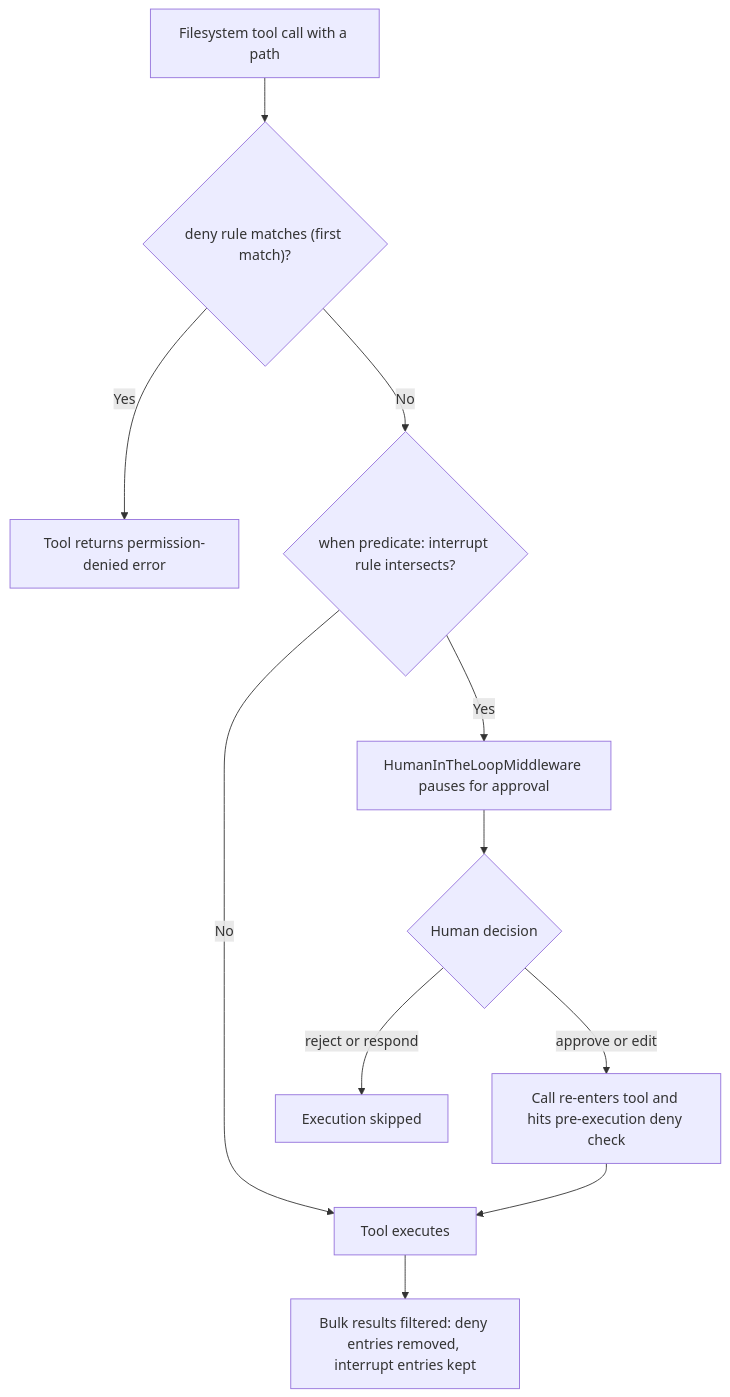
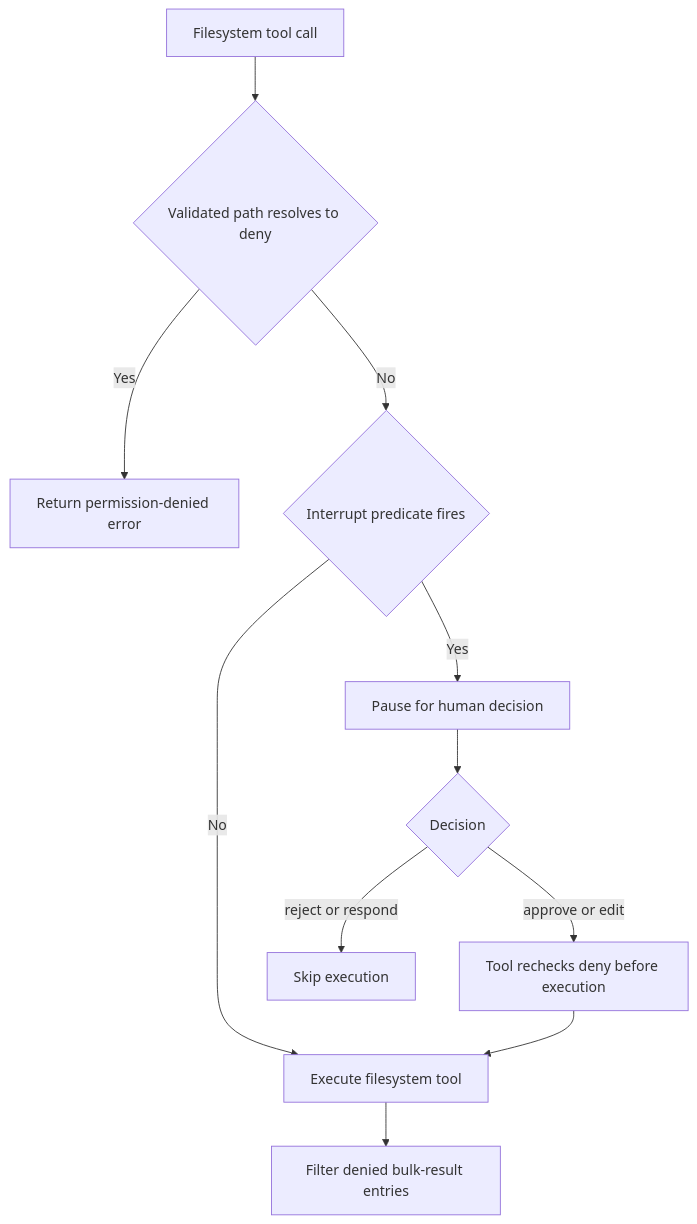
The diagram in openwiki/concepts/permissions-hitl.md (langchain-ai/deepagents), drawn with Mermaid before and after one commit. The commit also changed other lines of this file and 63 other files, not shown here.

````diff
--- a/openwiki/concepts/permissions-hitl.md
+++ b/openwiki/concepts/permissions-hitl.md
@@ -156,13 +79,13 @@
 ```mermaid
 flowchart TD
-    Call["Filesystem tool call with a path"] --> Deny{"deny rule matches (first match)?"}
-    Deny -->|Yes| Err["Tool returns permission-denied error"]
-    Deny -->|No| When{"when predicate: interrupt rule intersects?"}
-    When -->|Yes| HITL["HumanInTheLoopMiddleware pauses for approval"]
-    HITL --> Decision{"Human decision"}
-    Decision -->|approve or edit| Reenter["Call re-enters tool and hits pre-execution deny check"]
-    Decision -->|reject or respond| Skip["Execution skipped"]
-    When -->|No| Run["Tool executes"]
-    Reenter --> Run
-    Run --> Filter["Bulk results filtered: deny entries removed, interrupt entries kept"]
+    Call["Filesystem tool call"] --> Check{"Validated path resolves to deny"}
+    Check -->|Yes| Denied["Return permission-denied error"]
+    Check -->|No| Gate{"Interrupt predicate fires"}
+    Gate -->|No| Execute["Execute filesystem tool"]
+    Gate -->|Yes| Pause["Pause for human decision"]
+    Pause --> Decision{"Decision"}
+    Decision -->|approve or edit| Recheck["Tool rechecks deny before execution"]
+    Decision -->|reject or respond| Skip["Skip execution"]
+    Recheck --> Execute
+    Execute --> Filter["Filter denied bulk-result entries"]
 ```
````
